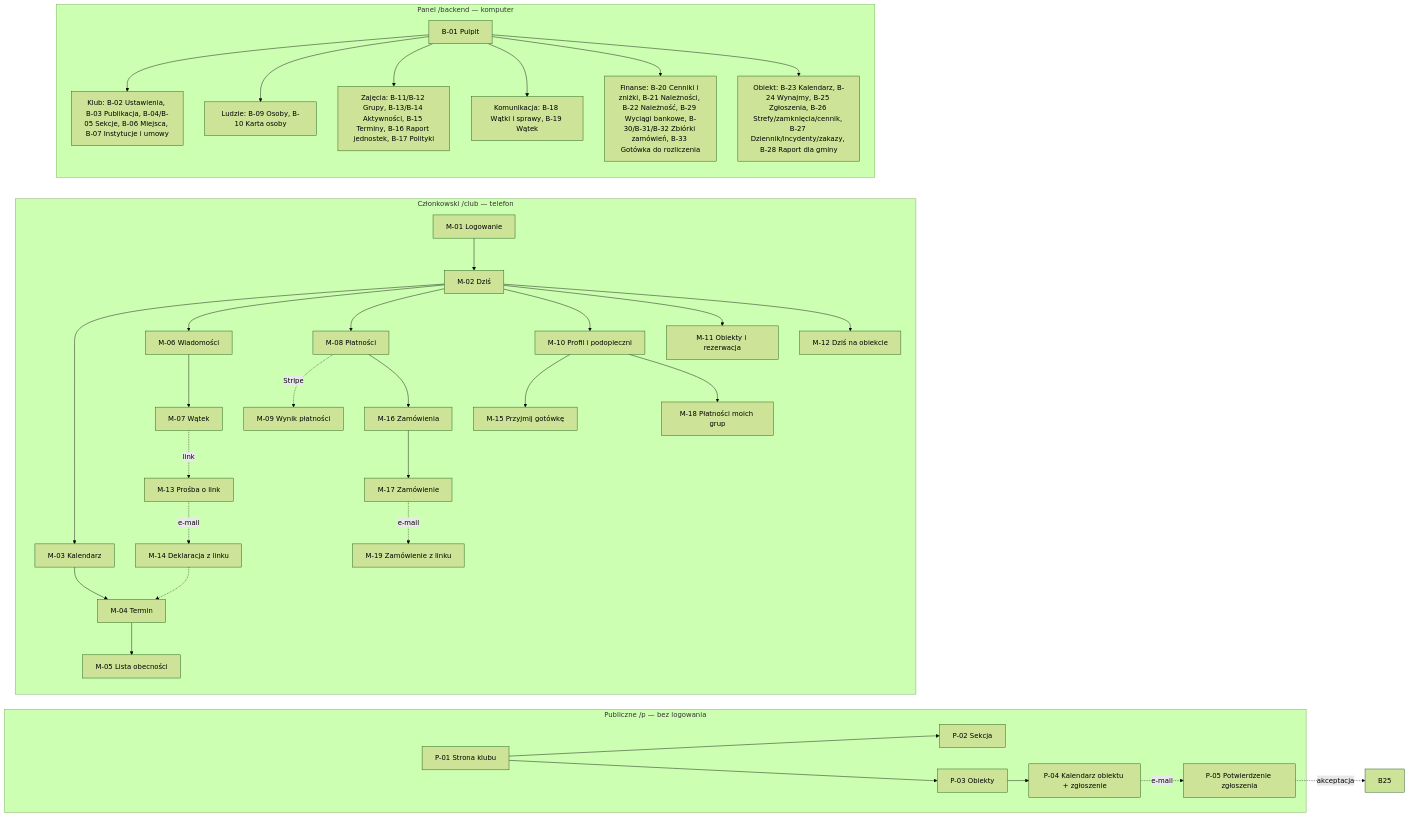
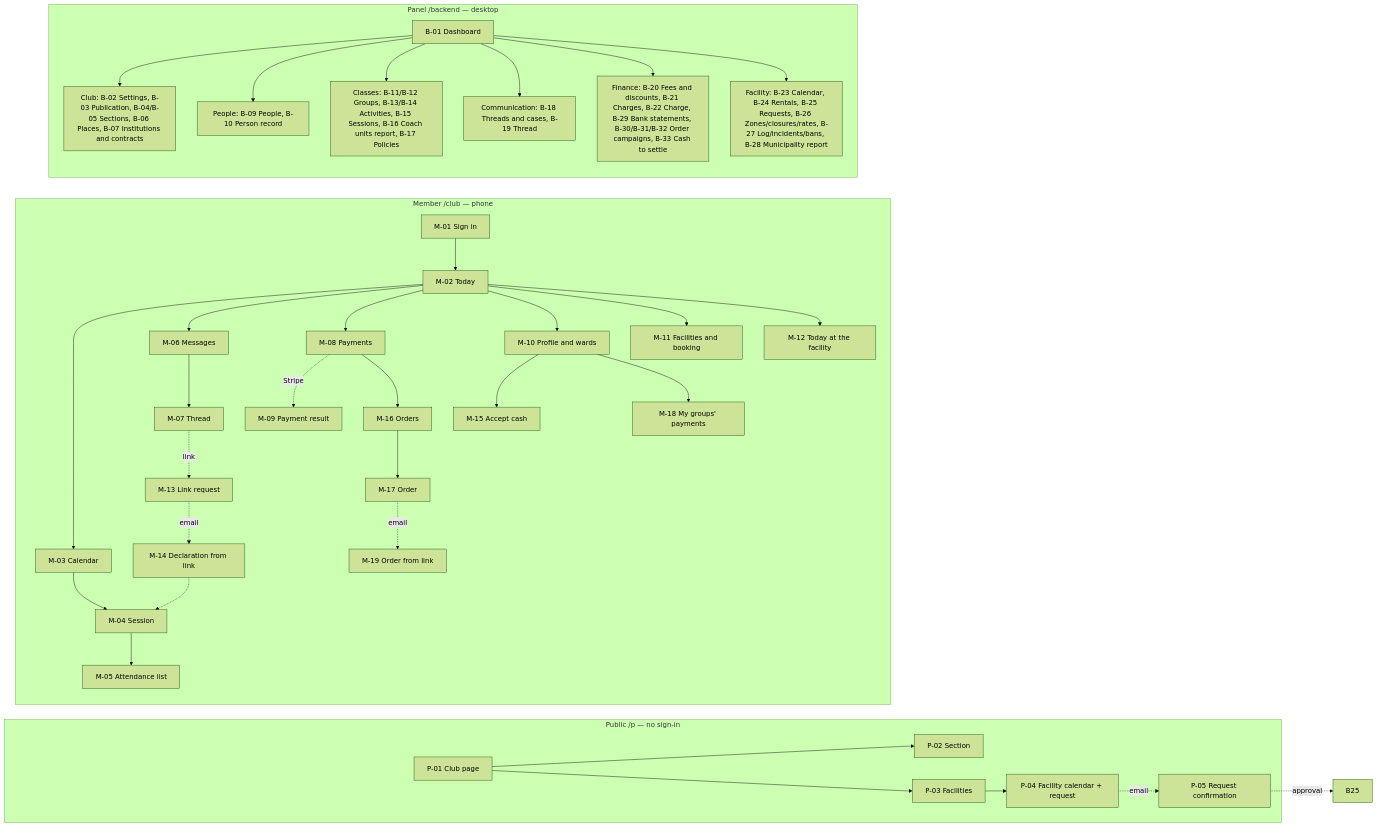
Before and after one commit to wladku/Vereino: the diagram in docs/ux-concept/README.md, drawn with Mermaid (forest theme). The commit also changed other lines of this file and 58 other files, not shown here.

````diff
--- a/docs/ux-concept/README.md
+++ b/docs/ux-concept/README.md
@@ -144,34 +144,34 @@
 ```mermaid
 flowchart LR
-  subgraph PUB[Publiczne /p — bez logowania]
-    P01[P-01 Strona klubu] --> P02[P-02 Sekcja]
-    P01 --> P03[P-03 Obiekty]
-    P03 --> P04[P-04 Kalendarz obiektu + zgłoszenie]
-    P04 -.e-mail.-> P05[P-05 Potwierdzenie zgłoszenia]
+  subgraph PUB[Public /p — no sign-in]
+    P01[P-01 Club page] --> P02[P-02 Section]
+    P01 --> P03[P-03 Facilities]
+    P03 --> P04[P-04 Facility calendar + request]
+    P04 -.email.-> P05[P-05 Request confirmation]
   end
-  subgraph MEM[Członkowski /club — telefon]
-    M01[M-01 Logowanie] --> M02[M-02 Dziś]
-    M02 --> M03[M-03 Kalendarz] --> M04[M-04 Termin]
-    M04 --> M05[M-05 Lista obecności]
-    M02 --> M06[M-06 Wiadomości] --> M07[M-07 Wątek]
-    M02 --> M08[M-08 Płatności] -.Stripe.-> M09[M-09 Wynik płatności]
-    M02 --> M10[M-10 Profil i podopieczni]
-    M02 --> M11[M-11 Obiekty i rezerwacja]
-    M02 --> M12[M-12 Dziś na obiekcie]
-    M13[M-13 Prośba o link] -.e-mail.-> M14[M-14 Deklaracja z linku]
-    M08 --> M16[M-16 Zamówienia] --> M17[M-17 Zamówienie] -.e-mail.-> M19[M-19 Zamówienie z linku]
-    M10 --> M15[M-15 Przyjmij gotówkę]
-    M10 --> M18[M-18 Płatności moich grup]
+  subgraph MEM[Member /club — phone]
+    M01[M-01 Sign in] --> M02[M-02 Today]
+    M02 --> M03[M-03 Calendar] --> M04[M-04 Session]
+    M04 --> M05[M-05 Attendance list]
+    M02 --> M06[M-06 Messages] --> M07[M-07 Thread]
+    M02 --> M08[M-08 Payments] -.Stripe.-> M09[M-09 Payment result]
+    M02 --> M10[M-10 Profile and wards]
+    M02 --> M11[M-11 Facilities and booking]
+    M02 --> M12[M-12 Today at the facility]
+    M13[M-13 Link request] -.email.-> M14[M-14 Declaration from link]
+    M08 --> M16[M-16 Orders] --> M17[M-17 Order] -.email.-> M19[M-19 Order from link]
+    M10 --> M15[M-15 Accept cash]
+    M10 --> M18[M-18 My groups' payments]
   end
-  subgraph BCK[Panel /backend — komputer]
-    B01[B-01 Pulpit] --> KLUB[Klub: B-02 Ustawienia, B-03 Publikacja, B-04/B-05 Sekcje, B-06 Miejsca, B-07 Instytucje i umowy]
-    B01 --> LUDZIE[Ludzie: B-09 Osoby, B-10 Karta osoby]
-    B01 --> ZAJ[Zajęcia: B-11/B-12 Grupy, B-13/B-14 Aktywności, B-15 Terminy, B-16 Raport jednostek, B-17 Polityki]
-    B01 --> KOM[Komunikacja: B-18 Wątki i sprawy, B-19 Wątek]
-    B01 --> FIN[Finanse: B-20 Cenniki i zniżki, B-21 Należności, B-22 Należność, B-29 Wyciągi bankowe, B-30/B-31/B-32 Zbiórki zamówień, B-33 Gotówka do rozliczenia]
-    B01 --> OBJ[Obiekt: B-23 Kalendarz, B-24 Wynajmy, B-25 Zgłoszenia, B-26 Strefy/zamknięcia/cennik, B-27 Dziennik/incydenty/zakazy, B-28 Raport dla gminy]
+  subgraph BCK[Panel /backend — desktop]
+    B01[B-01 Dashboard] --> KLUB[Club: B-02 Settings, B-03 Publication, B-04/B-05 Sections, B-06 Places, B-07 Institutions and contracts]
+    B01 --> LUDZIE[People: B-09 People, B-10 Person record]
+    B01 --> ZAJ[Classes: B-11/B-12 Groups, B-13/B-14 Activities, B-15 Sessions, B-16 Coach units report, B-17 Policies]
+    B01 --> KOM[Communication: B-18 Threads and cases, B-19 Thread]
+    B01 --> FIN[Finance: B-20 Fees and discounts, B-21 Charges, B-22 Charge, B-29 Bank statements, B-30/B-31/B-32 Order campaigns, B-33 Cash to settle]
+    B01 --> OBJ[Facility: B-23 Calendar, B-24 Rentals, B-25 Requests, B-26 Zones/closures/rates, B-27 Log/incidents/bans, B-28 Municipality report]
   end
   M14 -.-> M04
-  P05 -.akceptacja.-> B25
+  P05 -.approval.-> B25
   M07 -.link.-> M13
 ```
````
